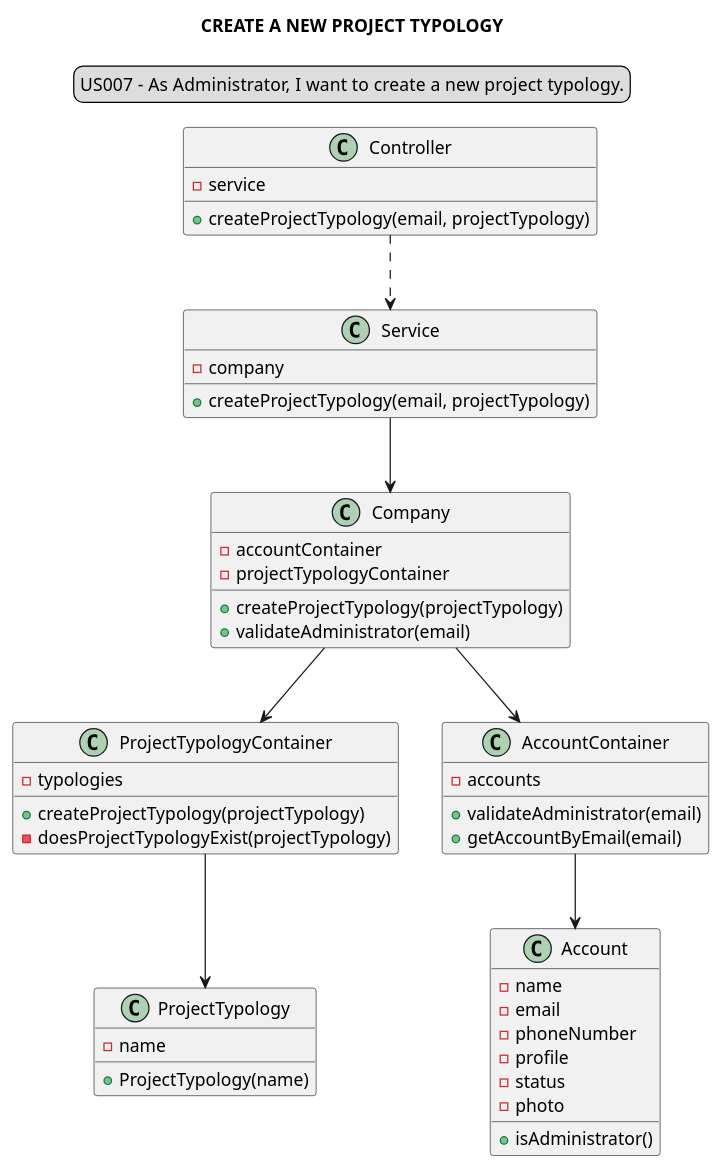
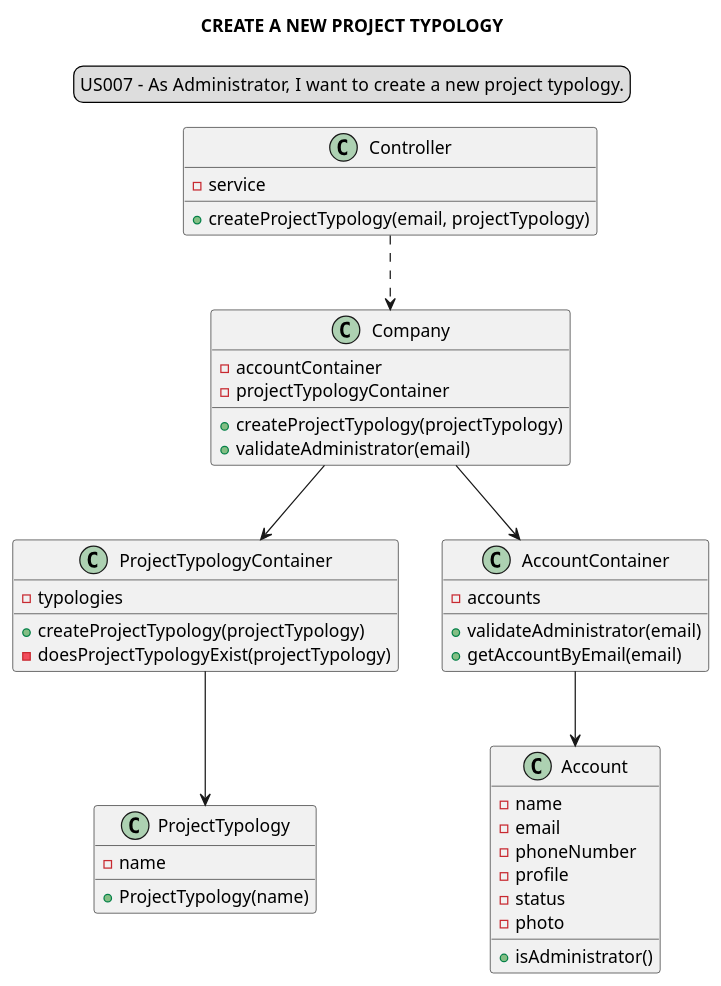
One commit to Loracline/project_switch_22-23 changed the diagram in docs/modelling_design/user_stories/us007/US007_classDiagram.puml. Above: the diagram before and after it, drawn with PlantUML. The commit also changed 7 other files, not shown here.

First line of the commit message:
US 007 : Design : Refinement of class diagram and sequence diagram

```diff
--- a/docs/modelling_design/user_stories/us007/US007_classDiagram.puml
+++ b/docs/modelling_design/user_stories/us007/US007_classDiagram.puml
@@ -1,54 +1,49 @@
 @startuml
 
 legend top
 US007 -  As Administrator, I want to create a new project typology.
 end legend
 skinparam sequenceMessageAlign center
 title CREATE A NEW PROJECT TYPOLOGY
 
-"Controller" ..> "Service"
-"Service" --> "Company"
+"Controller" ..> "Company"
 "Company" --> "ProjectTypologyContainer"
 "Company" --> "AccountContainer"
 "ProjectTypologyContainer" --> "ProjectTypology"
 "AccountContainer" --> "Account"
 
 class "Controller" {
 -service
-+createProjectTypology(email, projectTypology)
-}
-class "Service" {
--company
 +createProjectTypology(email, projectTypology)
 }
 class "Company" {
 -accountContainer
 -projectTypologyContainer
 +createProjectTypology(projectTypology)
 +validateAdministrator(email)
 }
 class "ProjectTypologyContainer"{
 -typologies
 +createProjectTypology(projectTypology)
 -doesProjectTypologyExist(projectTypology)
 }
 class "AccountContainer"{
 -accounts
 +validateAdministrator(email)
 +getAccountByEmail(email)
 }
 class "ProjectTypology"{
 -name
 +ProjectTypology(name)
 }
 
 class "Account"{
 -name
 -email
 -phoneNumber
 -profile
 -status
 -photo
 +isAdministrator()
 }
 @enduml
```
